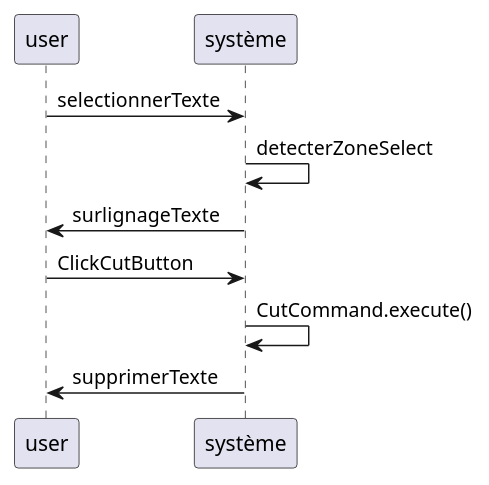
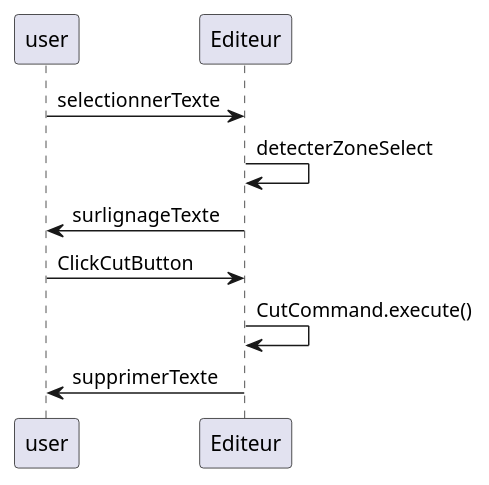
The fourth of 10 diagrams in Readme.md (kiurow590/ESIR2_OMD_Project_Editor), drawn with PlantUML before and after one commit. The commit also changed other lines of this file and 6 other files, not shown here.

Commit message:
Mise a jour du readme avec ajout de la V1 + image et correction des diagramme + ajout de la V2 avec diag mais en attente de rediscussion

````diff
--- a/Readme.md
+++ b/Readme.md
@@ -200,11 +206,11 @@
 ```plantuml
 @startuml
 'https://plantuml.com/sequence-diagram
-user -> système: selectionnerTexte
-système -> système: detecterZoneSelect
-système -> user: surlignageTexte
-user -> système: ClickCutButton
-système -> système: CutCommand.execute()
-système -> user: supprimerTexte
+user -> Editeur: selectionnerTexte
+Editeur -> Editeur: detecterZoneSelect
+Editeur -> user: surlignageTexte
+user -> Editeur: ClickCutButton
+Editeur -> Editeur: CutCommand.execute()
+Editeur -> user: supprimerTexte
 @enduml
 ```
````
